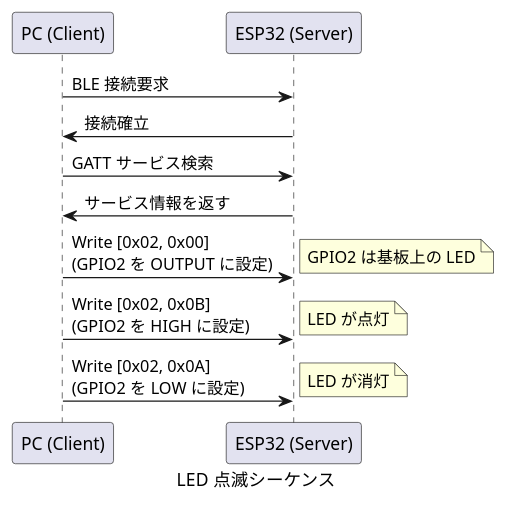
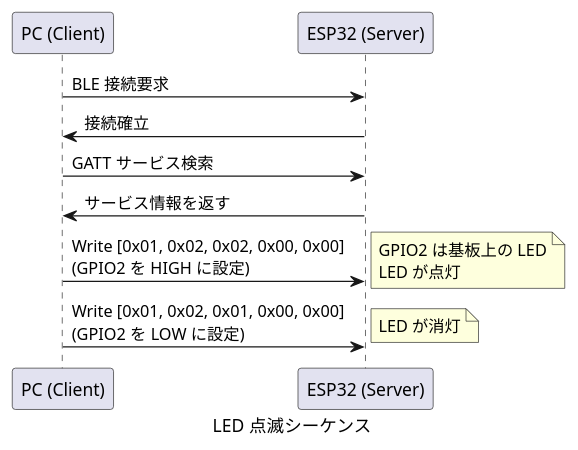
One commit to Hondarer/bleio changed the first of 4 diagrams in docs-src/protocol.md. Above: the diagram before and after it, drawn with PlantUML. The commit also changed other lines of this file and 3 other files, not shown here.

````diff
--- a/docs-src/protocol.md
+++ b/docs-src/protocol.md
@@ -291,23 +294,20 @@
 ```plantuml
 @startuml LED 点滅シーケンス
     caption LED 点滅シーケンス
 
     participant "PC (Client)" as PC
     participant "ESP32 (Server)" as ESP32
 
     PC -> ESP32: BLE 接続要求
     ESP32 -> PC: 接続確立
 
     PC -> ESP32: GATT サービス検索
     ESP32 -> PC: サービス情報を返す
 
-    PC -> ESP32: Write [0x02, 0x00]\n(GPIO2 を OUTPUT に設定)
-    note right: GPIO2 は基板上の LED
+    PC -> ESP32: Write [0x01, 0x02, 0x02, 0x00, 0x00]\n(GPIO2 を HIGH に設定)
+    note right: GPIO2 は基板上の LED\nLED が点灯
 
-    PC -> ESP32: Write [0x02, 0x0B]\n(GPIO2 を HIGH に設定)
-    note right: LED が点灯
-
-    PC -> ESP32: Write [0x02, 0x0A]\n(GPIO2 を LOW に設定)
+    PC -> ESP32: Write [0x01, 0x02, 0x01, 0x00, 0x00]\n(GPIO2 を LOW に設定)
     note right: LED が消灯
 @enduml
 ```
````
